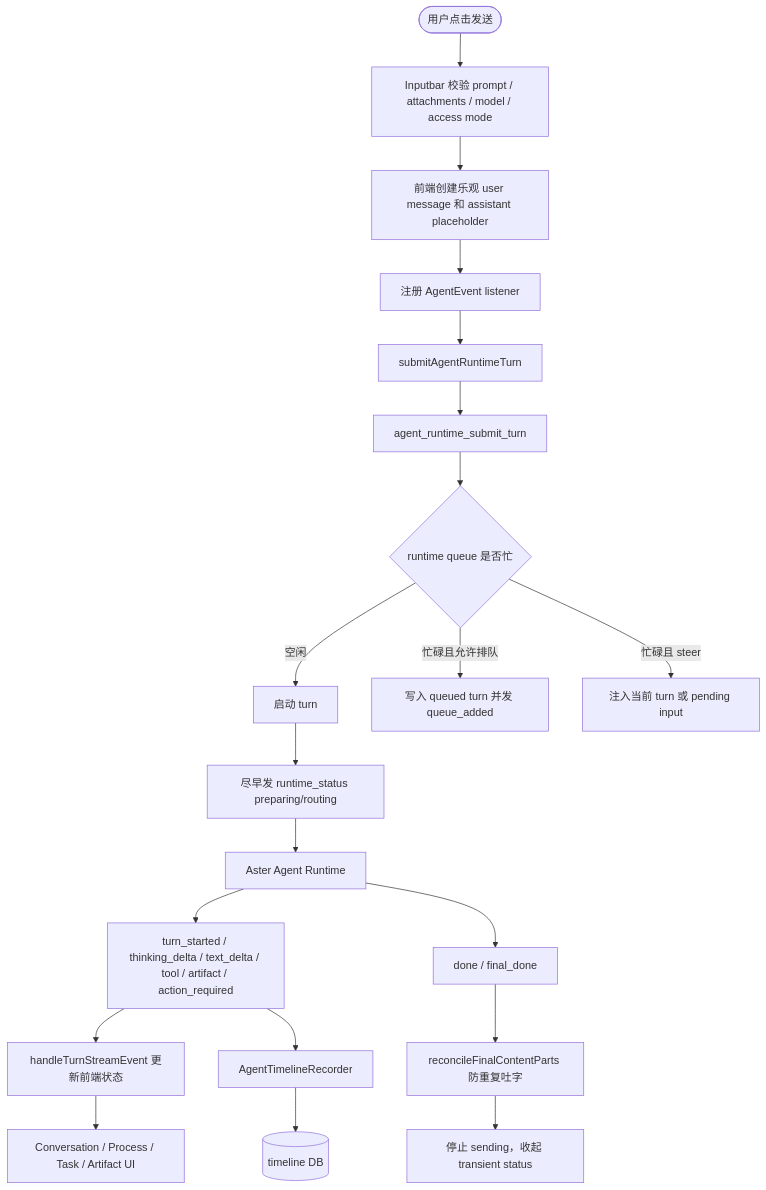
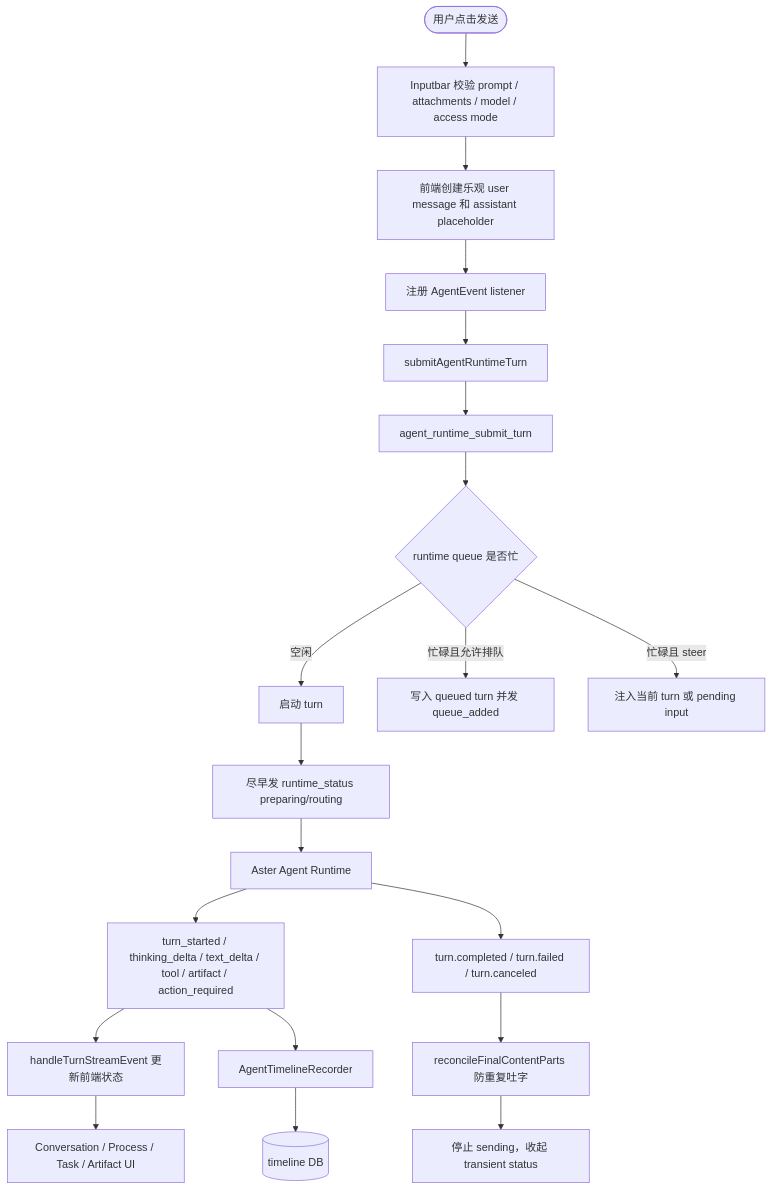
The first of 8 diagrams in internal/roadmap/agentui/lime-agentui-event-flow.md (jiujuan/lime), drawn with Mermaid before and after one commit. The commit also changed other lines of this file and 178 other files, not shown here.

````diff
--- a/internal/roadmap/agentui/lime-agentui-event-flow.md
+++ b/internal/roadmap/agentui/lime-agentui-event-flow.md
@@ -28,23 +28,23 @@
 ```mermaid
 flowchart TB
   Start([用户点击发送]) --> Validate[Inputbar 校验 prompt / attachments / model / access mode]
   Validate --> Optimistic[前端创建乐观 user message 和 assistant placeholder]
   Optimistic --> Bind[注册 AgentEvent listener]
   Bind --> Submit[submitAgentRuntimeTurn]
   Submit --> Command[agent_runtime_submit_turn]
   Command --> Queue{runtime queue 是否忙}
   Queue -->|空闲| StartTurn[启动 turn]
   Queue -->|忙碌且允许排队| Enqueue[写入 queued turn 并发 queue_added]
   Queue -->|忙碌且 steer| Steer[注入当前 turn 或 pending input]
 
   StartTurn --> EarlyStatus[尽早发 runtime_status preparing/routing]
   EarlyStatus --> Runtime[Aster Agent Runtime]
   Runtime --> Events[turn_started / thinking_delta / text_delta / tool / artifact / action_required]
   Events --> FrontendReducer[handleTurnStreamEvent 更新前端状态]
   FrontendReducer --> UI[Conversation / Process / Task / Artifact UI]
   Events --> Recorder[AgentTimelineRecorder]
   Recorder --> TimelineDb[(timeline DB)]
-  Runtime --> Done[done / final_done]
+  Runtime --> Done[turn.completed / turn.failed / turn.canceled]
   Done --> Reconcile[reconcileFinalContentParts 防重复吐字]
   Reconcile --> Complete[停止 sending，收起 transient status]
 ```
````
